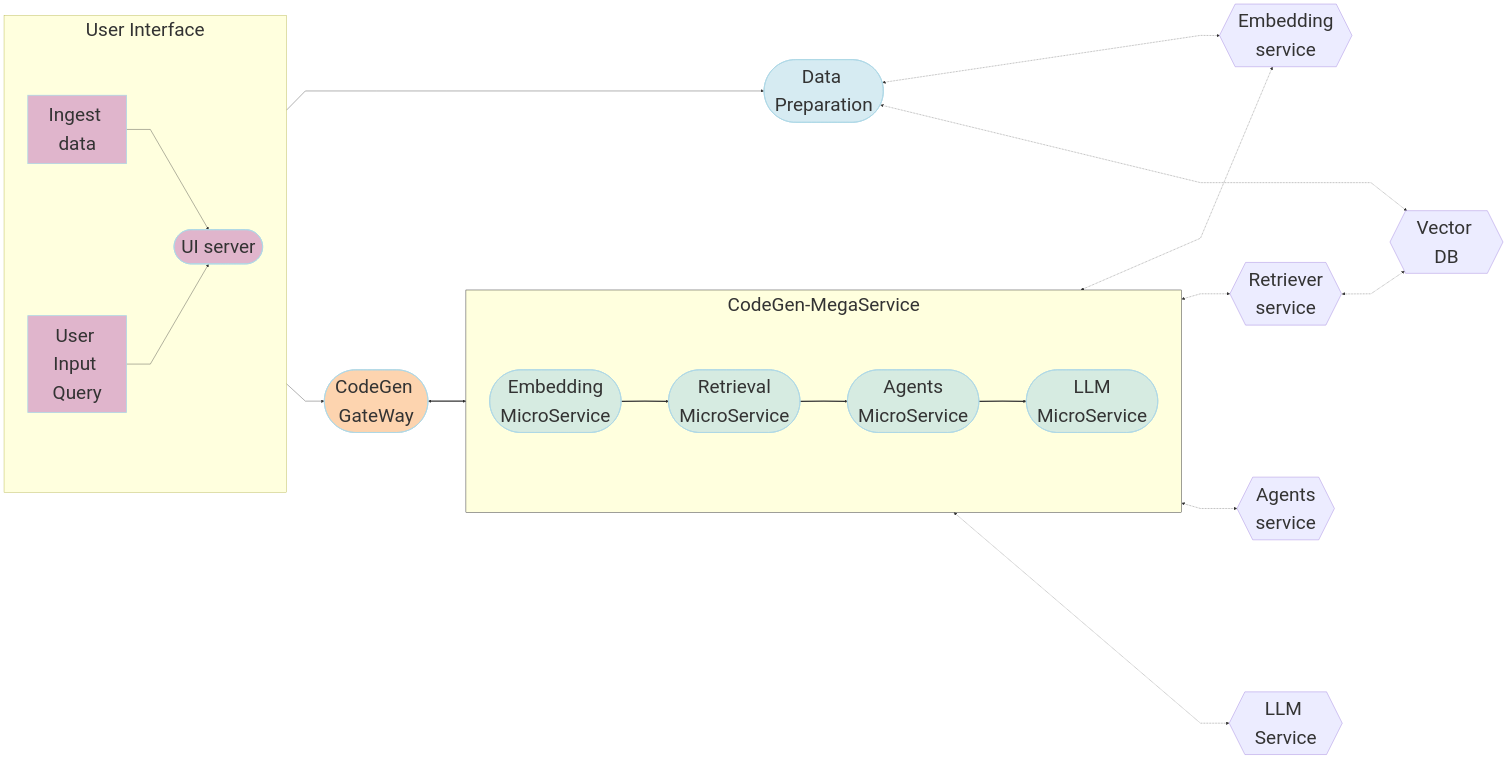
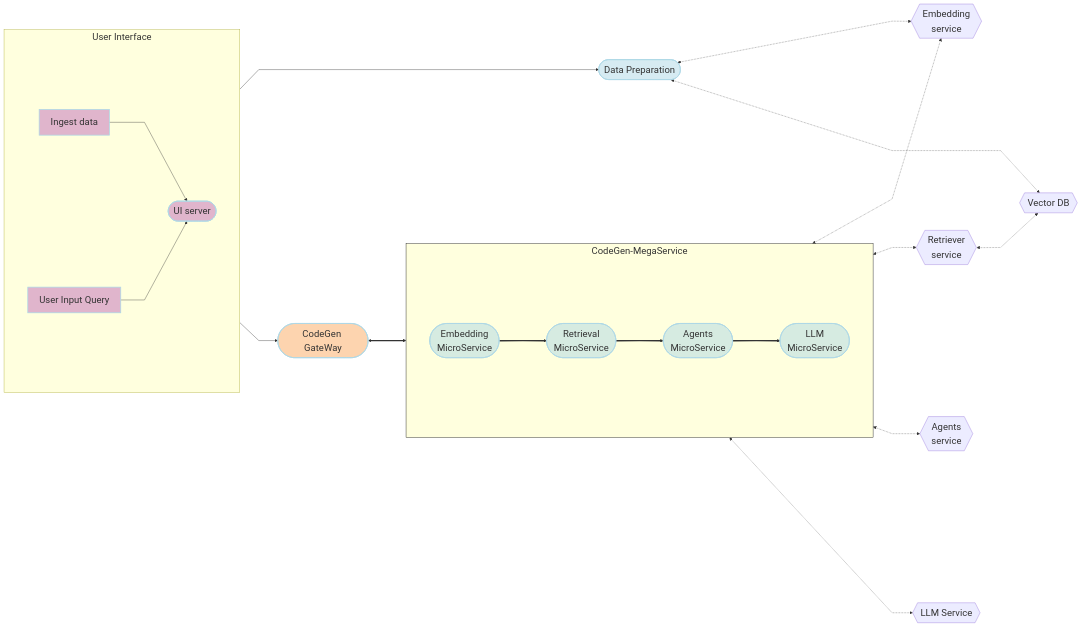
One commit to opea-project/docs changed the diagram in community/rfcs/25-15-01-GenAIExamples-001-Code-Optimization-Using-RAG-and-Agents.md. Above: the diagram before and after it, drawn with Mermaid.

Commit message:
add graph

````diff
--- a/community/rfcs/25-15-01-GenAIExamples-001-Code-Optimization-Using-RAG-and-Agents.md
+++ b/community/rfcs/25-15-01-GenAIExamples-001-Code-Optimization-Using-RAG-and-Agents.md
@@ -94,70 +94,70 @@
 ```mermaid
 ---
 config:
   flowchart:
     nodeSpacing: 400
     rankSpacing: 100
     curve: linear
   themeVariables:
-    fontSize: 50px
+    fontSize: 25px
 ---
 flowchart LR
     %% Colors %%
     classDef blue fill:#ADD8E6,stroke:#ADD8E6,stroke-width:2px,fill-opacity:0.5
     classDef orange fill:#FBAA60,stroke:#ADD8E6,stroke-width:2px,fill-opacity:0.5
     classDef orchid fill:#C26DBC,stroke:#ADD8E6,stroke-width:2px,fill-opacity:0.5
     classDef invisible fill:transparent,stroke:transparent;
     style CodeGen-MegaService stroke:#000000
     %% Subgraphs %%
     subgraph CodeGen-MegaService["CodeGen-MegaService"]
         direction LR
         EM([Embedding<br>MicroService]):::blue
         RET([Retrieval<br>MicroService]):::blue
         RER([Agents<br>MicroService]):::blue
         LLM([LLM<br>MicroService]):::blue
     end
     subgraph User Interface
         direction LR
         a([Submit Query Tab]):::orchid
         UI([UI server]):::orchid
         Ingest([Manage Resources]):::orchid
     end
 
     LOCAL_RER{{Agents<br>service}}
     CLIP_EM{{Embedding<br>service}}
     VDB{{Vector DB}}
     V_RET{{Retriever<br>service}}
     Ingest{{Ingest data}}
     DP([Data Preparation]):::blue
     LLM_gen{{LLM Service}}
     GW([CodeGen GateWay]):::orange
 
     %% Data Preparation flow
     %% Ingest data flow
     direction LR
     Ingest[Ingest data] --> UI
     UI --> DP
     DP <-.-> CLIP_EM
 
     %% Questions interaction
     direction LR
     a[User Input Query] --> UI
     UI --> GW
     GW <==> CodeGen-MegaService
     EM ==> RET
     RET ==> RER
     RER ==> LLM
 
 
     %% Embedding service flow
     direction LR
     EM <-.-> CLIP_EM
     RET <-.-> V_RET
     RER <-.-> LOCAL_RER
     LLM <-.-> LLM_gen
 
     direction TB
     %% Vector DB interaction
     V_RET <-.->VDB
     DP <-.->VDB
 ```
````
